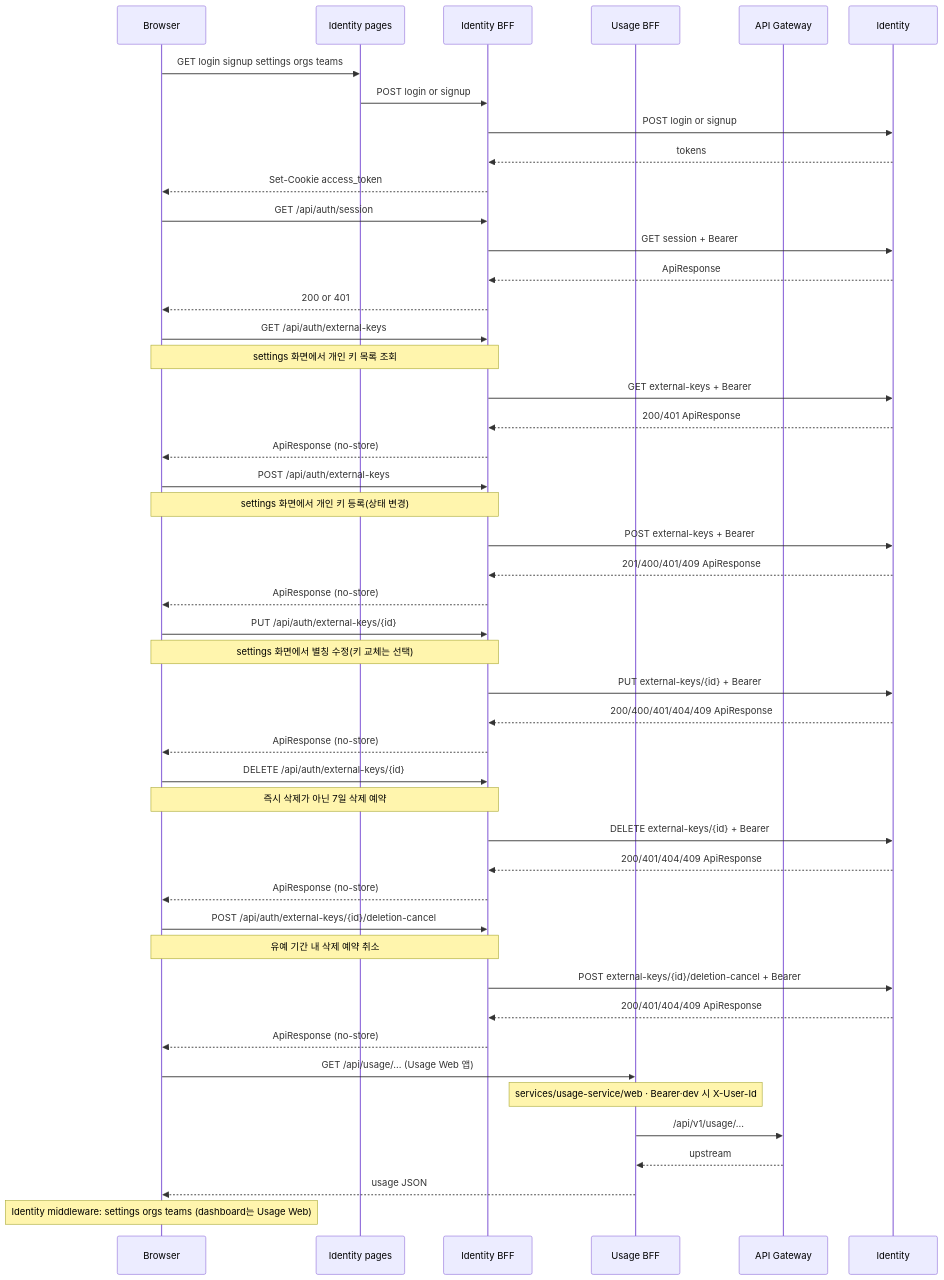
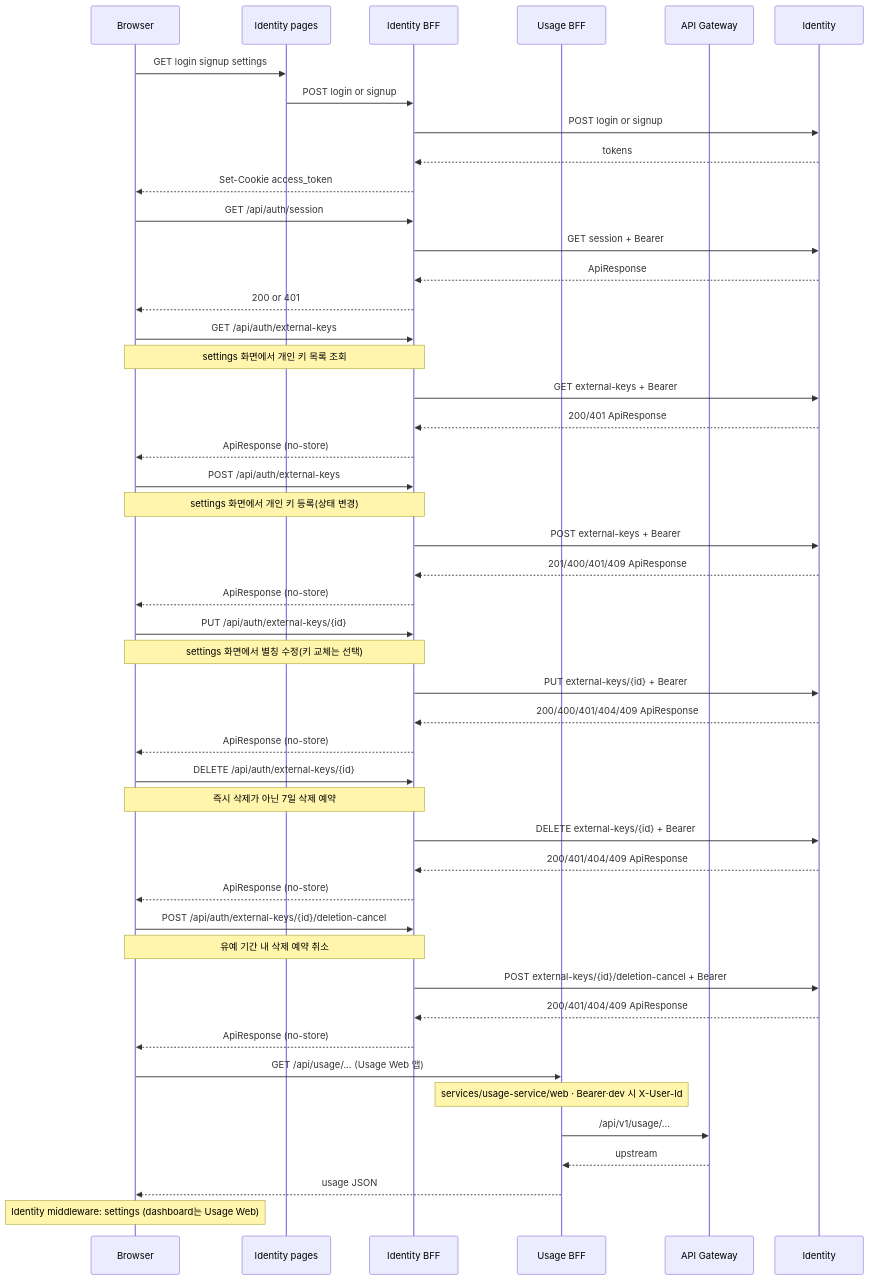
Before and after one commit to Zero-Bug-Freinds/ai-api-usage-monitor: the ninth of 11 diagrams in docs/c4-architecture-diagrams.md, drawn with Mermaid. The commit also changed other lines of this file and 31 other files, not shown here.

````diff
--- a/docs/c4-architecture-diagrams.md
+++ b/docs/c4-architecture-diagrams.md
@@ -484,59 +482,59 @@
 ```mermaid
 %%{init: {'sequence': {'actorMargin': 36, 'messageMargin': 18}}}%%
 sequenceDiagram
   participant B as Browser
   participant P as Identity pages
   participant H as Identity BFF
   participant U as Usage BFF
   participant GW as API Gateway
   participant I as Identity
 
-  B->>P: GET login signup settings orgs teams
+  B->>P: GET login signup settings
   P->>H: POST login or signup
   H->>I: POST login or signup
   I-->>H: tokens
   H-->>B: Set-Cookie access_token
 
   B->>H: GET /api/auth/session
   H->>I: GET session + Bearer
   I-->>H: ApiResponse
   H-->>B: 200 or 401
 
   B->>H: GET /api/auth/external-keys
   Note over B,H: settings 화면에서 개인 키 목록 조회
   H->>I: GET external-keys + Bearer
   I-->>H: 200/401 ApiResponse
   H-->>B: ApiResponse (no-store)
 
   B->>H: POST /api/auth/external-keys
   Note over B,H: settings 화면에서 개인 키 등록(상태 변경)
   H->>I: POST external-keys + Bearer
   I-->>H: 201/400/401/409 ApiResponse
   H-->>B: ApiResponse (no-store)
 
   B->>H: PUT /api/auth/external-keys/{id}
   Note over B,H: settings 화면에서 별칭 수정(키 교체는 선택)
   H->>I: PUT external-keys/{id} + Bearer
   I-->>H: 200/400/401/404/409 ApiResponse
   H-->>B: ApiResponse (no-store)
 
   B->>H: DELETE /api/auth/external-keys/{id}
   Note over B,H: 즉시 삭제가 아닌 7일 삭제 예약
   H->>I: DELETE external-keys/{id} + Bearer
   I-->>H: 200/401/404/409 ApiResponse
   H-->>B: ApiResponse (no-store)
 
   B->>H: POST /api/auth/external-keys/{id}/deletion-cancel
   Note over B,H: 유예 기간 내 삭제 예약 취소
   H->>I: POST external-keys/{id}/deletion-cancel + Bearer
   I-->>H: 200/401/404/409 ApiResponse
   H-->>B: ApiResponse (no-store)
 
   B->>U: GET /api/usage/... (Usage Web 앱)
   Note over U: services/usage-service/web · Bearer·dev 시 X-User-Id
   U->>GW: /api/v1/usage/...
   GW-->>U: upstream
   U-->>B: usage JSON
 
-  Note over B: Identity middleware: settings orgs teams (dashboard는 Usage Web)
+  Note over B: Identity middleware: settings (dashboard는 Usage Web)
 ```
````
